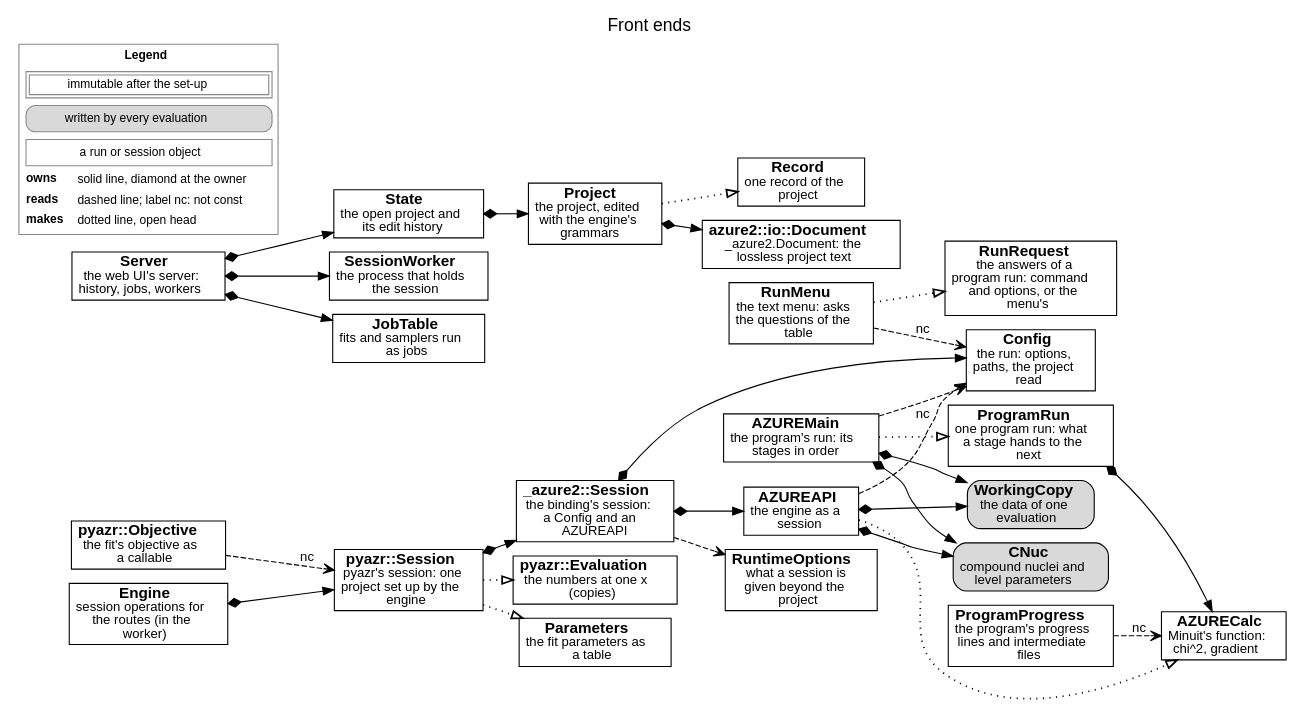
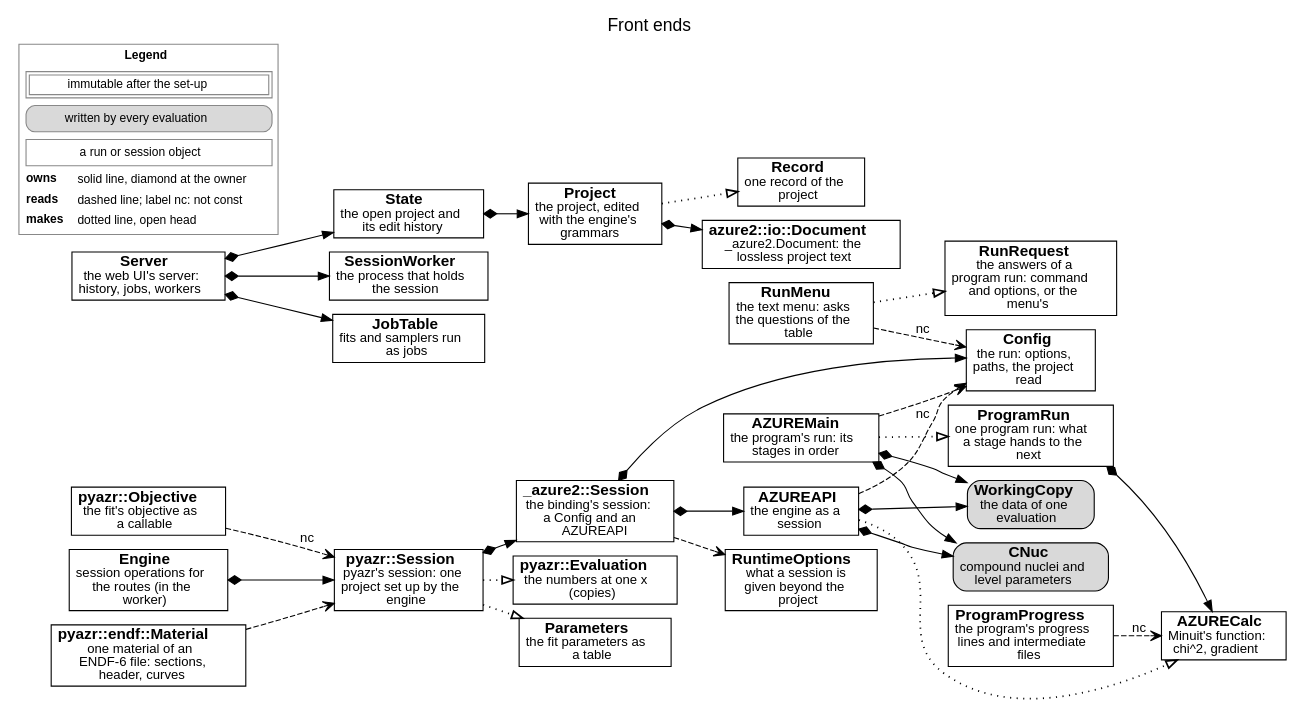
The diagram in docs/source/developer/figures/frontends.dot (AZURE2DEV/AZURE2), drawn with Graphviz before and after one commit. The commit also changed 32 other files, not shown here.

First line of the commit message:
pyazr.endf: read an ENDF-6 file, summarise it, its curves at a data set's points, the own format check

```diff
--- a/docs/source/developer/figures/frontends.dot
+++ b/docs/source/developer/figures/frontends.dot
@@ -1,56 +1,58 @@
 digraph frontends {
   graph [rankdir=LR, fontname="Helvetica", fontsize=16, labelloc=t, label="Front ends", nodesep=0.18, ranksep=0.3, newrank=true];
   node [fontname="Helvetica", fontsize=14, margin="0.08,0.04"];
   edge [fontname="Helvetica", fontsize=12];
   n_RunRequest [label=<<b>RunRequest</b><br/><font point-size="12">the answers of a<br/>program run: command<br/>and options, or the<br/>menu&#x27;s</font>>, shape=box, style="filled", fillcolor="white"];
   n_RunMenu [label=<<b>RunMenu</b><br/><font point-size="12">the text menu: asks<br/>the questions of the<br/>table</font>>, shape=box, style="filled", fillcolor="white"];
   n_AZUREMain [label=<<b>AZUREMain</b><br/><font point-size="12">the program&#x27;s run: its<br/>stages in order</font>>, shape=box, style="filled", fillcolor="white"];
   n_Config [label=<<b>Config</b><br/><font point-size="12">the run: options,<br/>paths, the project<br/>read</font>>, shape=box, style="filled", fillcolor="white"];
   n_CNuc [label=<<b>CNuc</b><br/><font point-size="12">compound nuclei and<br/>level parameters</font>>, shape=box, style="rounded,filled", fillcolor="#d9d9d9"];
   n_WorkingCopy [label=<<b>WorkingCopy</b><br/><font point-size="12">the data of one<br/>evaluation</font>>, shape=box, style="rounded,filled", fillcolor="#d9d9d9"];
   n_AZURECalc [label=<<b>AZURECalc</b><br/><font point-size="12">Minuit&#x27;s function:<br/>chi^2, gradient</font>>, shape=box, style="filled", fillcolor="white"];
   n_ProgramRun [label=<<b>ProgramRun</b><br/><font point-size="12">one program run: what<br/>a stage hands to the<br/>next</font>>, shape=box, style="filled", fillcolor="white"];
   n_ProgramProgress [label=<<b>ProgramProgress</b><br/><font point-size="12">the program&#x27;s progress<br/>lines and intermediate<br/>files</font>>, shape=box, style="filled", fillcolor="white"];
   n_AZUREAPI [label=<<b>AZUREAPI</b><br/><font point-size="12">the engine as a<br/>session</font>>, shape=box, style="filled", fillcolor="white"];
   n__azure2__Session [label=<<b>_azure2::Session</b><br/><font point-size="12">the binding&#x27;s session:<br/>a Config and an<br/>AZUREAPI</font>>, shape=box, style="filled", fillcolor="white"];
   n_RuntimeOptions [label=<<b>RuntimeOptions</b><br/><font point-size="12">what a session is<br/>given beyond the<br/>project</font>>, shape=box, style="filled", fillcolor="white"];
   n_pyazr__Session [label=<<b>pyazr::Session</b><br/><font point-size="12">pyazr&#x27;s session: one<br/>project set up by the<br/>engine</font>>, shape=box, style="filled", fillcolor="white"];
   n_pyazr__Objective [label=<<b>pyazr::Objective</b><br/><font point-size="12">the fit&#x27;s objective as<br/>a callable</font>>, shape=box, style="filled", fillcolor="white"];
   n_pyazr__Evaluation [label=<<b>pyazr::Evaluation</b><br/><font point-size="12">the numbers at one x<br/>(copies)</font>>, shape=box, style="filled", fillcolor="white"];
   n_Parameters [label=<<b>Parameters</b><br/><font point-size="12">the fit parameters as<br/>a table</font>>, shape=box, style="filled", fillcolor="white"];
   n_Project [label=<<b>Project</b><br/><font point-size="12">the project, edited<br/>with the engine&#x27;s<br/>grammars</font>>, shape=box, style="filled", fillcolor="white"];
   n_Record [label=<<b>Record</b><br/><font point-size="12">one record of the<br/>project</font>>, shape=box, style="filled", fillcolor="white"];
   n_azure2__io__Document [label=<<b>azure2::io::Document</b><br/><font point-size="12">_azure2.Document: the<br/>lossless project text</font>>, shape=box, style="filled", fillcolor="white"];
   n_Server [label=<<b>Server</b><br/><font point-size="12">the web UI&#x27;s server:<br/>history, jobs, workers</font>>, shape=box, style="filled", fillcolor="white"];
   n_State [label=<<b>State</b><br/><font point-size="12">the open project and<br/>its edit history</font>>, shape=box, style="filled", fillcolor="white"];
   n_SessionWorker [label=<<b>SessionWorker</b><br/><font point-size="12">the process that holds<br/>the session</font>>, shape=box, style="filled", fillcolor="white"];
   n_Engine [label=<<b>Engine</b><br/><font point-size="12">session operations for<br/>the routes (in the<br/>worker)</font>>, shape=box, style="filled", fillcolor="white"];
   n_JobTable [label=<<b>JobTable</b><br/><font point-size="12">fits and samplers run<br/>as jobs</font>>, shape=box, style="filled", fillcolor="white"];
+  n_pyazr__endf__Material [label=<<b>pyazr::endf::Material</b><br/><font point-size="12">one material of an<br/>ENDF-6 file: sections,<br/>header, curves</font>>, shape=box, style="filled", fillcolor="white"];
   n_RunMenu -> n_RunRequest [style=dotted, penwidth=1.6, arrowhead=empty];
   n_RunMenu -> n_Config [style=dashed, arrowhead=vee, label=" nc"];
   n_AZUREMain -> n_Config [style=dashed, arrowhead=vee];
   n_AZUREMain -> n_CNuc [style=solid, dir=both, arrowtail=diamond, arrowhead=normal];
   n_AZUREMain -> n_WorkingCopy [style=solid, dir=both, arrowtail=diamond, arrowhead=normal];
   n_AZUREMain -> n_ProgramRun [style=dotted, penwidth=1.6, arrowhead=empty];
   n_ProgramRun -> n_AZURECalc [style=solid, dir=both, arrowtail=diamond, arrowhead=normal];
   n_ProgramProgress -> n_AZURECalc [style=dashed, arrowhead=vee, label=" nc"];
   n_AZUREAPI -> n_AZURECalc [style=dotted, penwidth=1.6, arrowhead=empty];
   n_AZUREAPI -> n_Config [style=dashed, arrowhead=vee, label=" nc"];
   n_AZUREAPI -> n_CNuc [style=solid, dir=both, arrowtail=diamond, arrowhead=normal];
   n_AZUREAPI -> n_WorkingCopy [style=solid, dir=both, arrowtail=diamond, arrowhead=normal];
   n__azure2__Session -> n_Config [style=solid, dir=both, arrowtail=diamond, arrowhead=normal];
   n__azure2__Session -> n_AZUREAPI [style=solid, dir=both, arrowtail=diamond, arrowhead=normal];
   n__azure2__Session -> n_RuntimeOptions [style=dashed, arrowhead=vee];
   n_pyazr__Session -> n__azure2__Session [style=solid, dir=both, arrowtail=diamond, arrowhead=normal];
   n_pyazr__Session -> n_Parameters [style=dotted, penwidth=1.6, arrowhead=empty];
   n_pyazr__Objective -> n_pyazr__Session [style=dashed, arrowhead=vee, label=" nc"];
   n_pyazr__Session -> n_pyazr__Evaluation [style=dotted, penwidth=1.6, arrowhead=empty];
   n_Project -> n_azure2__io__Document [style=solid, dir=both, arrowtail=diamond, arrowhead=normal];
   n_Project -> n_Record [style=dotted, penwidth=1.6, arrowhead=empty];
   n_State -> n_Project [style=solid, dir=both, arrowtail=diamond, arrowhead=normal];
   n_Server -> n_State [style=solid, dir=both, arrowtail=diamond, arrowhead=normal];
   n_Server -> n_SessionWorker [style=solid, dir=both, arrowtail=diamond, arrowhead=normal];
   n_Server -> n_JobTable [style=solid, dir=both, arrowtail=diamond, arrowhead=normal];
   n_Engine -> n_pyazr__Session [style=solid, dir=both, arrowtail=diamond, arrowhead=normal];
+  n_pyazr__endf__Material -> n_pyazr__Session [style=dashed, arrowhead=vee];
   legend [shape=plaintext, fontsize=11, label=<<TABLE BORDER="1" CELLBORDER="0" CELLSPACING="3" COLOR="#888888"><TR><TD COLSPAN="2"><B>Legend</B></TD></TR><TR><TD COLSPAN="2"><TABLE BORDER="1" CELLBORDER="1" CELLSPACING="2" CELLPADDING="2"><TR><TD>immutable after the set-up</TD></TR></TABLE></TD></TR><TR><TD COLSPAN="2"><TABLE BORDER="1" CELLBORDER="0" CELLPADDING="3" STYLE="rounded" BGCOLOR="#d9d9d9"><TR><TD>written by every evaluation</TD></TR></TABLE></TD></TR><TR><TD COLSPAN="2"><TABLE BORDER="1" CELLBORDER="0" CELLPADDING="3" ><TR><TD>a run or session object</TD></TR></TABLE></TD></TR><TR><TD ALIGN="LEFT"><B>owns</B></TD><TD ALIGN="LEFT">solid line, diamond at the owner</TD></TR><TR><TD ALIGN="LEFT"><B>reads</B></TD><TD ALIGN="LEFT">dashed line; label nc: not const</TD></TR><TR><TD ALIGN="LEFT"><B>makes</B></TD><TD ALIGN="LEFT">dotted line, open head</TD></TR></TABLE>>];
 }
```
